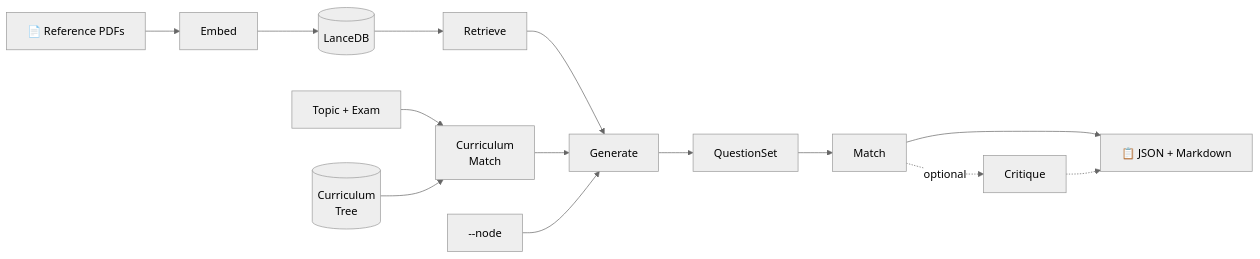
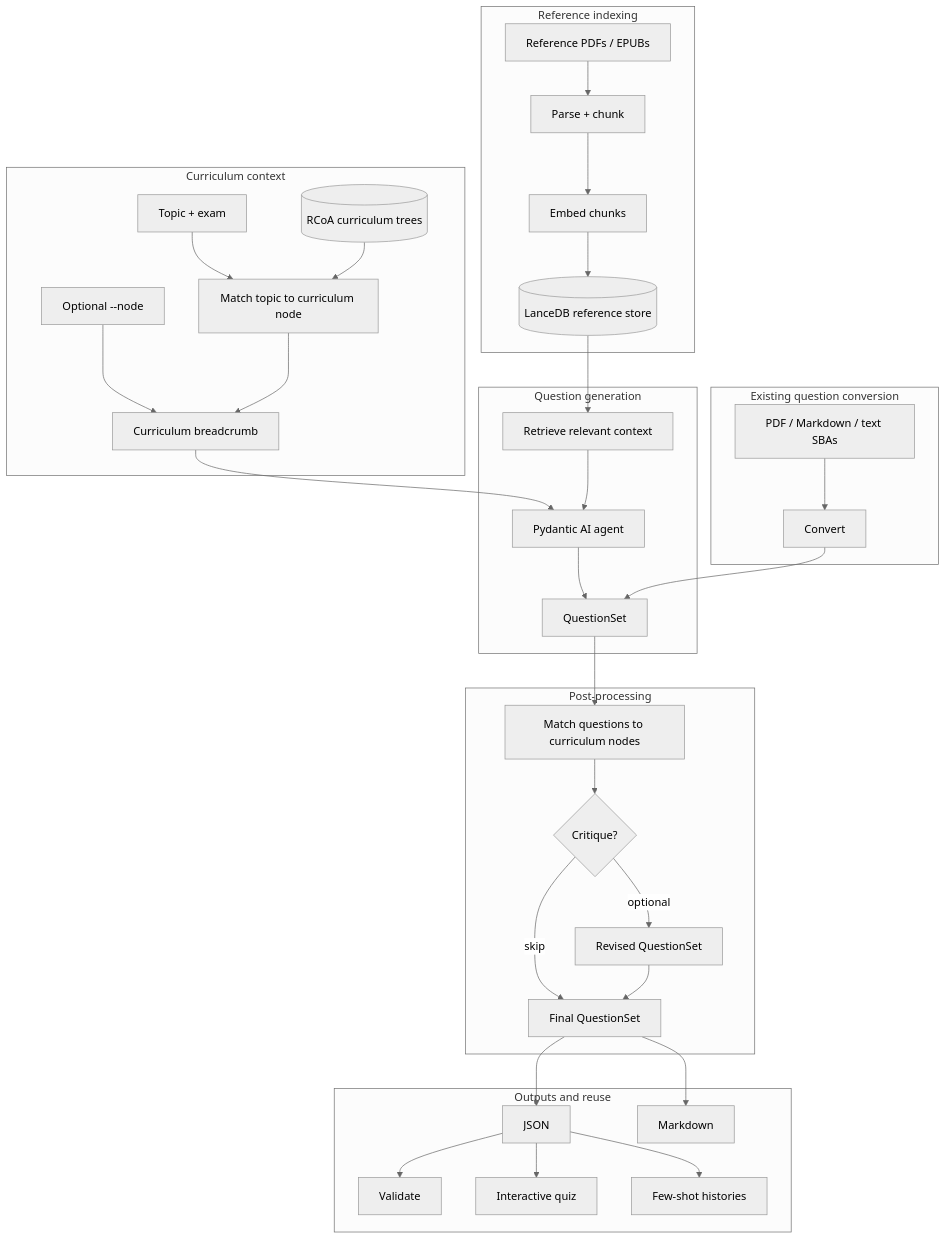
Before and after one commit to glfharris/minerva: the diagram in README.md, drawn with Mermaid (neutral theme). The commit also changed other lines of this file, not shown here.

````diff
--- a/README.md
+++ b/README.md
@@ -26,26 +26,46 @@
 ```mermaid
-flowchart LR
-    PDFs["📄 Reference PDFs"]
-    Embed["Embed"]
-    VectorDB[("LanceDB")]
-    Topic["Topic + Exam"]
-    CurrMatch["Curriculum\nMatch"]
-    Curriculum[("Curriculum\nTree")]
-    Node["--node"]
-    Retrieve["Retrieve"]
-    Generate["Generate"]
-    QS["QuestionSet"]
-    Match["Match"]
-    Critique["Critique"]
-    Out["📋 JSON + Markdown"]
+flowchart TD
+    subgraph Index["Reference indexing"]
+        Docs["Reference PDFs / EPUBs"] --> Parse["Parse + chunk"]
+        Parse --> Embed["Embed chunks"]
+        Embed --> VectorDB[("LanceDB reference store")]
+    end
 
-    PDFs --> Embed --> VectorDB
-    VectorDB --> Retrieve --> Generate --> QS --> Match --> Out
+    subgraph Curriculum["Curriculum context"]
+        Curricula[("RCoA curriculum trees")]
+        Topic["Topic + exam"]
+        Node["Optional --node"]
+        Topic --> CurrMatch["Match topic to curriculum node"]
+        Curricula --> CurrMatch
+        Node --> PromptContext["Curriculum breadcrumb"]
+        CurrMatch --> PromptContext
+    end
 
-    Topic --> CurrMatch
-    Curriculum --> CurrMatch
-    CurrMatch --> Generate
-    Node --> Generate
+    subgraph Generation["Question generation"]
+        VectorDB --> Retrieve["Retrieve relevant context"]
+        PromptContext --> Agent["Pydantic AI agent"]
+        Retrieve --> Agent
+        Agent --> QS["QuestionSet"]
+    end
 
-    Match -.->|optional| Critique -.-> Out
+    subgraph Review["Post-processing"]
+        QS --> Match["Match questions to curriculum nodes"]
+        Match --> Critique{"Critique?"}
+        Critique -->|optional| Revised["Revised QuestionSet"]
+        Critique -->|skip| Final["Final QuestionSet"]
+        Revised --> Final
+    end
+
+    subgraph Outputs["Outputs and reuse"]
+        Final --> JSON["JSON"]
+        Final --> MD["Markdown"]
+        JSON --> Validate["Validate"]
+        JSON --> Quiz["Interactive quiz"]
+        JSON --> History["Few-shot histories"]
+    end
+
+    subgraph Convert["Existing question conversion"]
+        Existing["PDF / Markdown / text SBAs"] --> ConvertCmd["Convert"]
+        ConvertCmd --> QS
+    end
 ```
````
